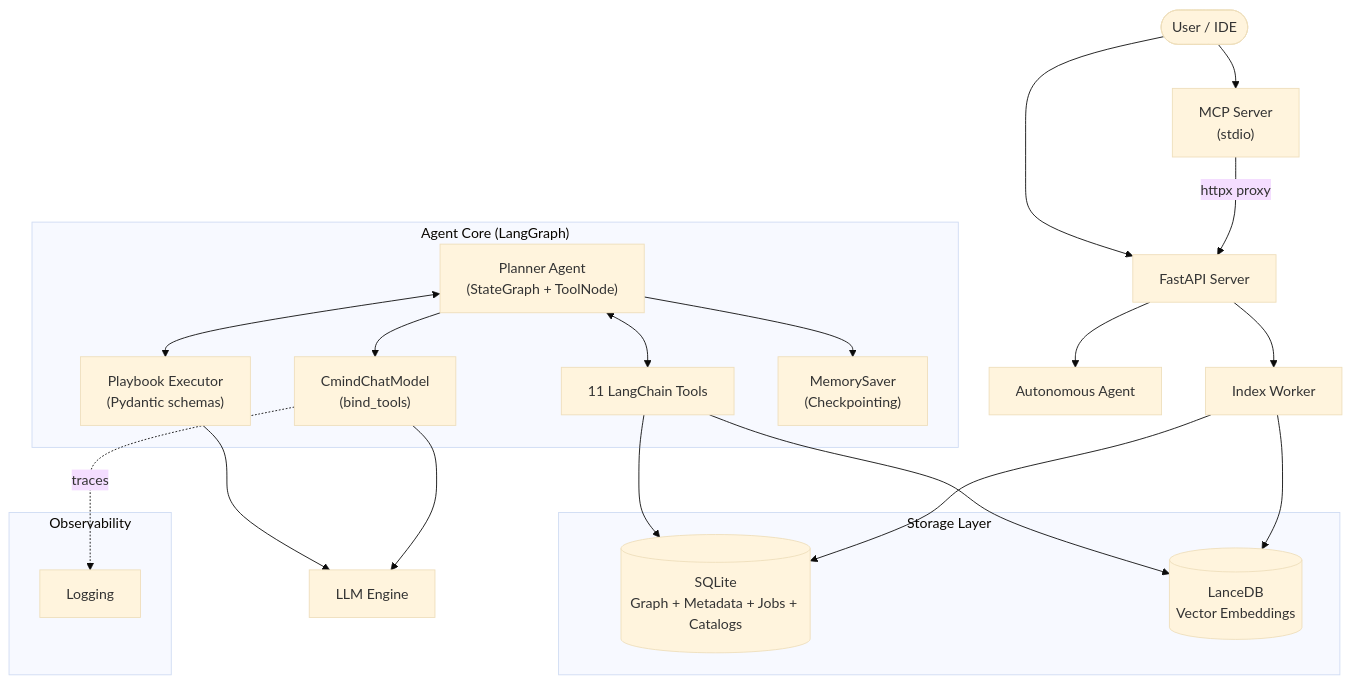
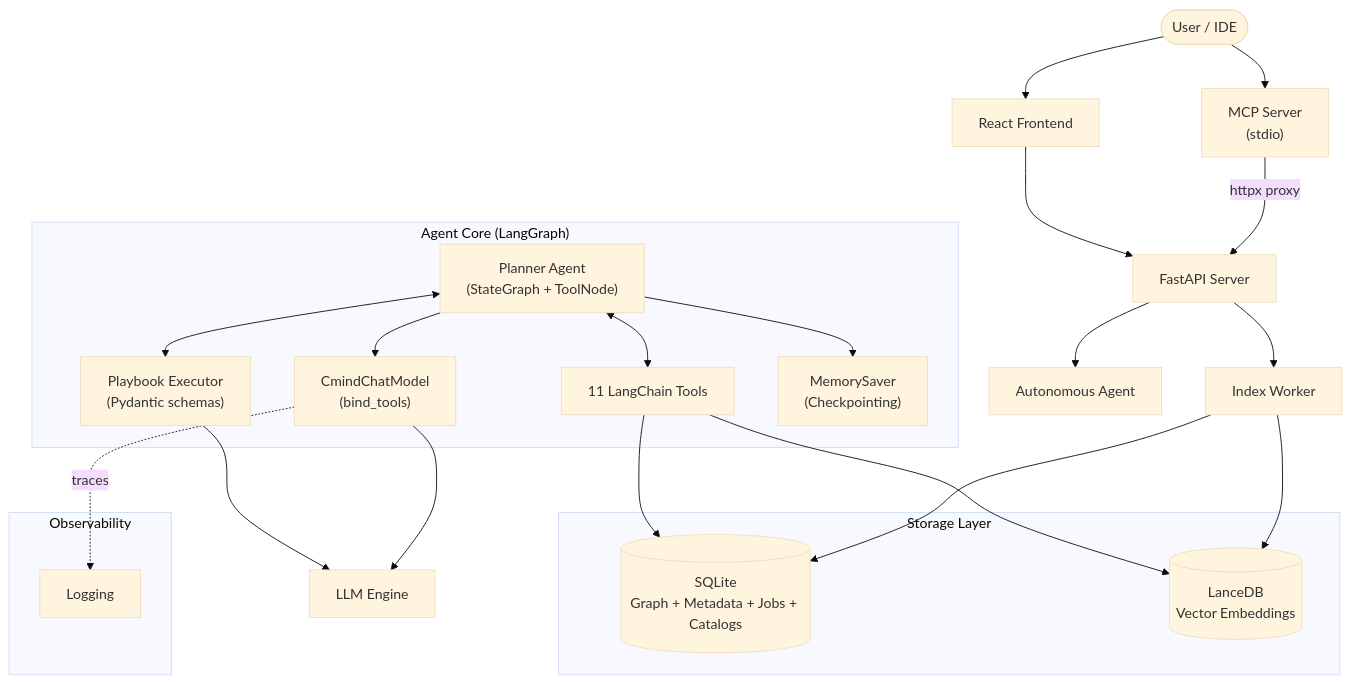
One commit to roshinpv1/cmind changed the diagram in README.md. Above: the diagram before and after it, drawn with Mermaid (base theme). The commit also changed other lines of this file and 9 other files, not shown here.

````diff
--- a/README.md
+++ b/README.md
@@ -208,34 +296,35 @@
 ```mermaid
 graph TD
-    User([User / IDE]) --> MCP["MCP Server<br/>(stdio)"]
-    User --> API[FastAPI Server]
+    User([User / IDE]) --> FE[React Frontend]
+    User --> MCP["MCP Server<br/>(stdio)"]
+    FE --> API[FastAPI Server]
     MCP -->|httpx proxy| API
     API --> Agent[Autonomous Agent]
     API --> Worker[Index Worker]
     
     subgraph "Agent Core (LangGraph)"
         Planner["Planner Agent<br/>(StateGraph + ToolNode)"] <--> Executor["Playbook Executor<br/>(Pydantic schemas)"]
         Planner <--> Tools["11 LangChain Tools"]
         Planner --> CM["CmindChatModel<br/>(bind_tools)"]
         Planner --> CP["MemorySaver<br/>(Checkpointing)"]
     end
     
     subgraph "Storage Layer"
         SQLite[("SQLite<br/>Graph + Metadata + Jobs + Catalogs")]
         LanceDB[("LanceDB<br/>Vector Embeddings")]
     end
     
     Tools --> SQLite
     Tools --> LanceDB
     Worker --> SQLite
     Worker --> LanceDB
     
     Executor --> LLM[LLM Engine]
     CM --> LLM
     
     subgraph "Observability"
         LS["Logging"]
     end
     
     CM -.->|traces| LS
 ```
````
